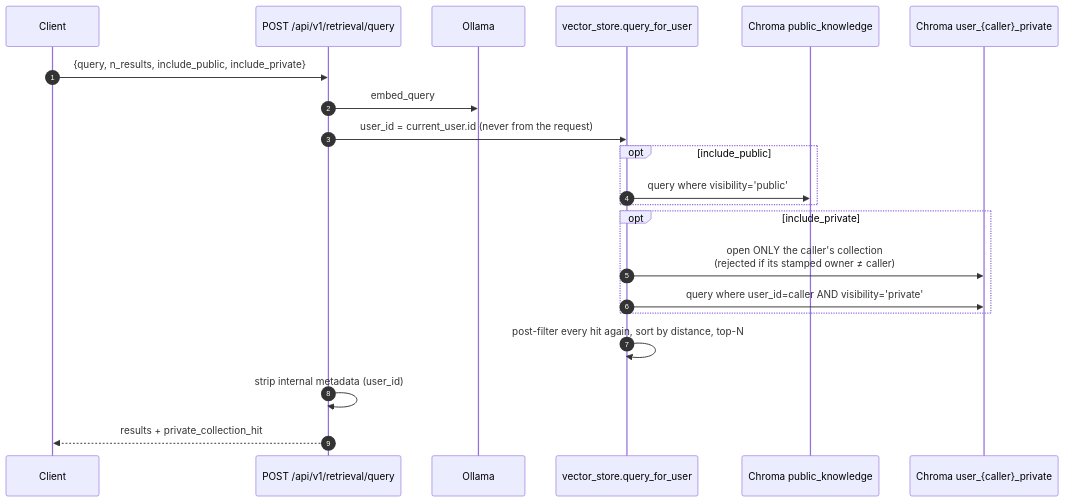
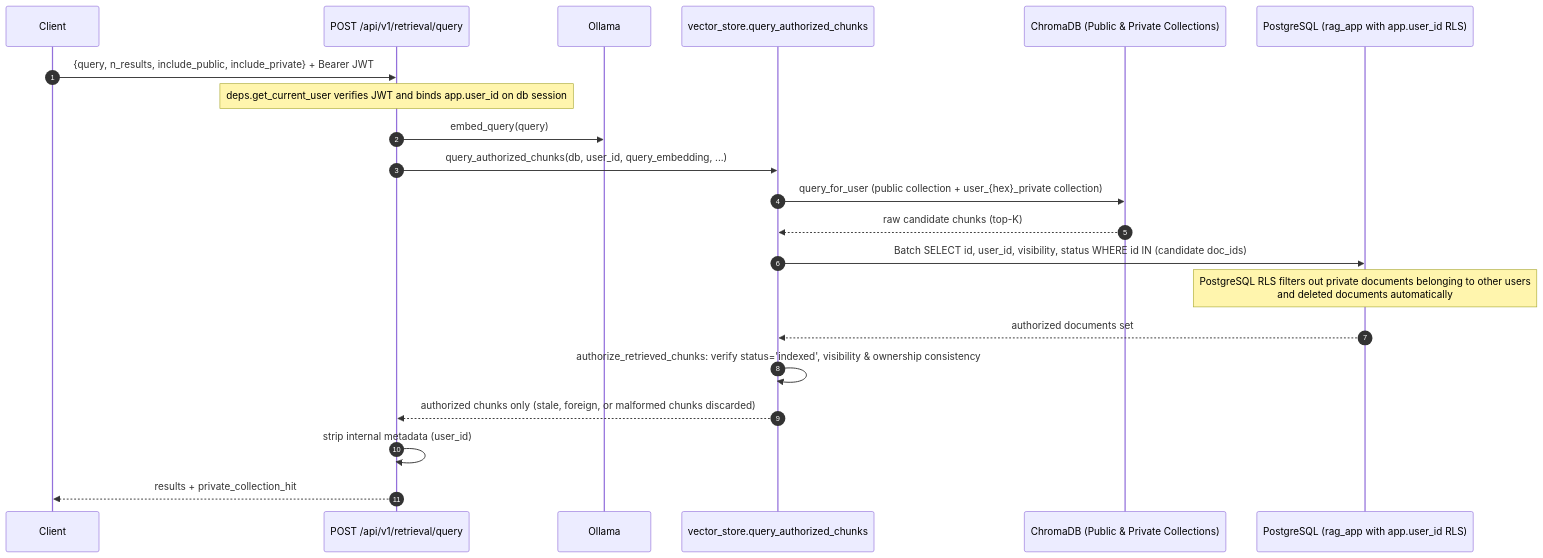
The sixth of 12 diagrams in docs/ARCHITECTURE.md (Aether-Link-Tech/RAG-Model), drawn with Mermaid before and after one commit. The commit also changed other lines of this file and 7 other files, not shown here.

Commit message:
feat(retrieval): AL-128 implement chunk-level access control with PostgreSQL RLS

````diff
--- a/docs/ARCHITECTURE.md
+++ b/docs/ARCHITECTURE.md
@@ -186,24 +193,24 @@
 ```mermaid
 sequenceDiagram
     autonumber
     participant C as Client
     participant R as POST /api/v1/retrieval/query
     participant O as Ollama
-    participant V as vector_store.query_for_user
-    participant PUB as Chroma public_knowledge
-    participant PRV as Chroma user_{caller}_private
+    participant V as vector_store.query_authorized_chunks
+    participant CH as ChromaDB (Public & Private Collections)
+    participant PG as PostgreSQL (rag_app with app.user_id RLS)
 
-    C->>R: {query, n_results, include_public, include_private}
-    R->>O: embed_query
-    R->>V: user_id = current_user.id (never from the request)
-    opt include_public
-        V->>PUB: query where visibility='public'
-    end
-    opt include_private
-        V->>PRV: open ONLY the caller's collection<br/>(rejected if its stamped owner ≠ caller)
-        V->>PRV: query where user_id=caller AND visibility='private'
-    end
-    V->>V: post-filter every hit again, sort by distance, top-N
+    C->>R: {query, n_results, include_public, include_private} + Bearer JWT
+    Note over R: deps.get_current_user verifies JWT and binds app.user_id on db session
+    R->>O: embed_query(query)
+    R->>V: query_authorized_chunks(db, user_id, query_embedding, ...)
+    V->>CH: query_for_user (public collection + user_{hex}_private collection)
+    CH-->>V: raw candidate chunks (top-K)
+    V->>PG: Batch SELECT id, user_id, visibility, status WHERE id IN (candidate doc_ids)
+    Note over PG: PostgreSQL RLS filters out private documents belonging to other users<br/>and deleted documents automatically
+    PG-->>V: authorized documents set
+    V->>V: authorize_retrieved_chunks: verify status='indexed', visibility & ownership consistency
+    V-->>R: authorized chunks only (stale, foreign, or malformed chunks discarded)
     R->>R: strip internal metadata (user_id)
     R-->>C: results + private_collection_hit
 ```
````
